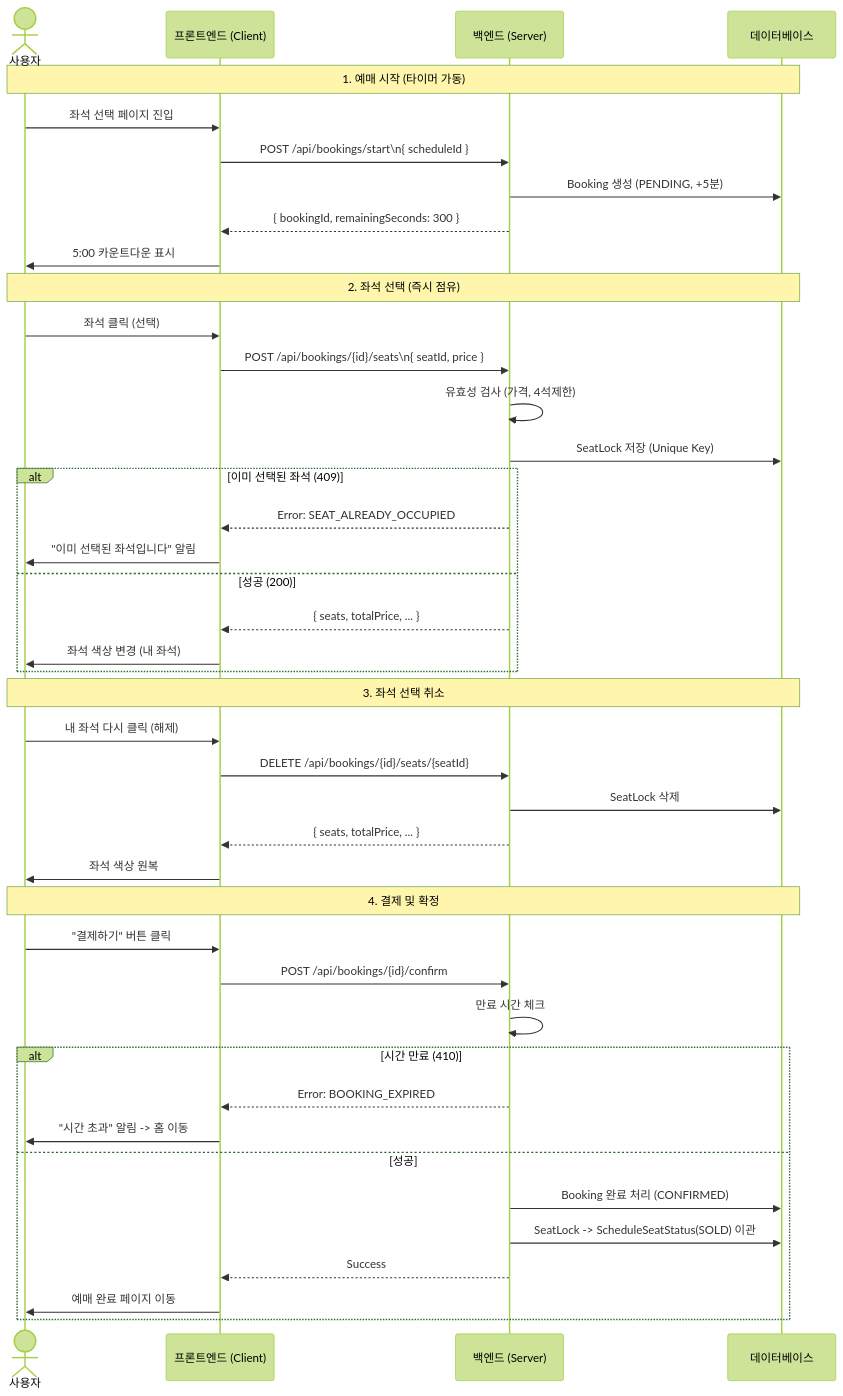
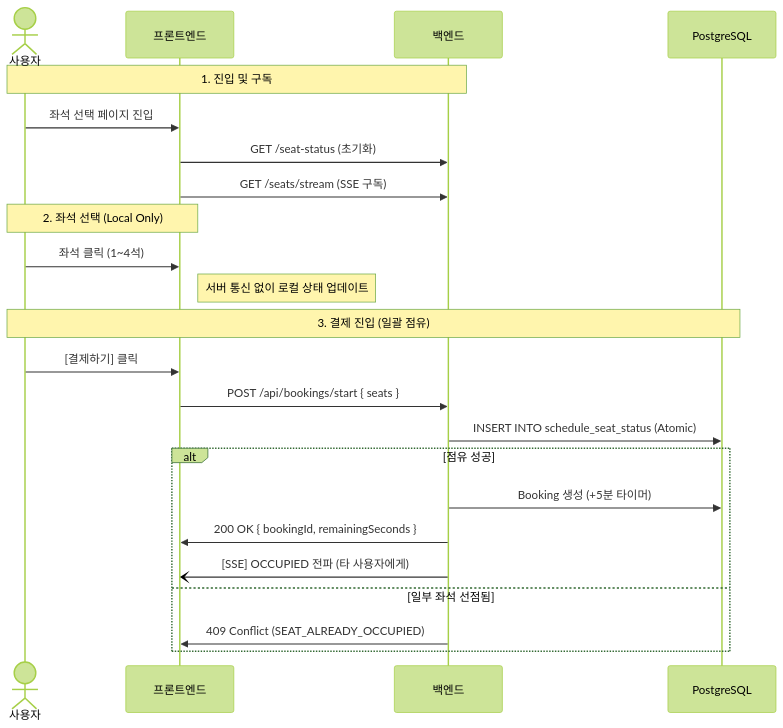
One commit to copy-in-action/smarter-store-api changed the diagram in documents/features/좌석_예매_시스템.md. Above: the diagram before and after it, drawn with Mermaid (forest theme). The commit also changed other lines of this file and 15 other files, not shown here.

````diff
--- a/documents/features/좌석_예매_시스템.md
+++ b/documents/features/좌석_예매_시스템.md
@@ -139,48 +98,28 @@
 ```mermaid
 sequenceDiagram
     actor User as 사용자
-    participant FE as 프론트엔드 (Client)
-    participant BE as 백엔드 (Server)
-    participant DB as 데이터베이스
+    participant FE as 프론트엔드
+    participant BE as 백엔드
+    participant DB as PostgreSQL
 
-    Note over User, DB: 1. 예매 시작 (타이머 가동)
+    Note over User, BE: 1. 진입 및 구독
     User->>FE: 좌석 선택 페이지 진입
-    FE->>BE: POST /api/bookings/start\n{ scheduleId }
-    BE->>DB: Booking 생성 (PENDING, +5분)
-    BE-->>FE: { bookingId, remainingSeconds: 300 }
-    FE->>User: 5:00 카운트다운 표시
+    FE->>BE: GET /seat-status (초기화)
+    FE->>BE: GET /seats/stream (SSE 구독)
+    
+    Note over User, FE: 2. 좌석 선택 (Local Only)
+    User->>FE: 좌석 클릭 (1~4석)
+    Note right of FE: 서버 통신 없이 로컬 상태 업데이트
 
-    Note over User, DB: 2. 좌석 선택 (즉시 점유)
-    User->>FE: 좌석 클릭 (선택)
-    FE->>BE: POST /api/bookings/{id}/seats\n{ seatId, price }
-    BE->>BE: 유효성 검사 (가격, 4석제한)
-    BE->>DB: SeatLock 저장 (Unique Key)
-    alt 이미 선택된 좌석 (409)
-        BE-->>FE: Error: SEAT_ALREADY_OCCUPIED
-        FE->>User: "이미 선택된 좌석입니다" 알림
-    else 성공 (200)
-        BE-->>FE: { seats, totalPrice, ... }
-        FE->>User: 좌석 색상 변경 (내 좌석)
-    end
-
-    Note over User, DB: 3. 좌석 선택 취소
-    User->>FE: 내 좌석 다시 클릭 (해제)
-    FE->>BE: DELETE /api/bookings/{id}/seats/{seatId}
-    BE->>DB: SeatLock 삭제
-    BE-->>FE: { seats, totalPrice, ... }
-    FE->>User: 좌석 색상 원복
-
-    Note over User, DB: 4. 결제 및 확정
-    User->>FE: "결제하기" 버튼 클릭
-    FE->>BE: POST /api/bookings/{id}/confirm
-    BE->>BE: 만료 시간 체크
-    alt 시간 만료 (410)
-        BE-->>FE: Error: BOOKING_EXPIRED
-        FE->>User: "시간 초과" 알림 -> 홈 이동
-    else 성공
-        BE->>DB: Booking 완료 처리 (CONFIRMED)
-        BE->>DB: SeatLock -> ScheduleSeatStatus(SOLD) 이관
-        BE-->>FE: Success
-        FE->>User: 예매 완료 페이지 이동
+    Note over User, DB: 3. 결제 진입 (일괄 점유)
+    User->>FE: [결제하기] 클릭
+    FE->>BE: POST /api/bookings/start { seats }
+    BE->>DB: INSERT INTO schedule_seat_status (Atomic)
+    alt 점유 성공
+        BE->>DB: Booking 생성 (+5분 타이머)
+        BE->>FE: 200 OK { bookingId, remainingSeconds }
+        BE-)FE: [SSE] OCCUPIED 전파 (타 사용자에게)
+    else 일부 좌석 선점됨
+        BE->>FE: 409 Conflict (SEAT_ALREADY_OCCUPIED)
     end
 ```
````
